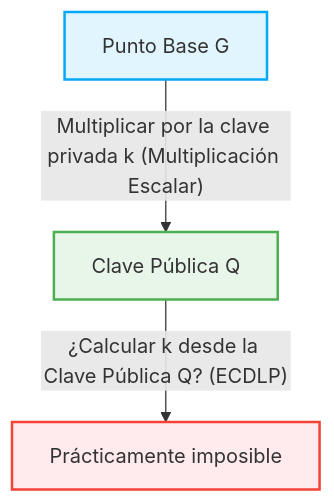
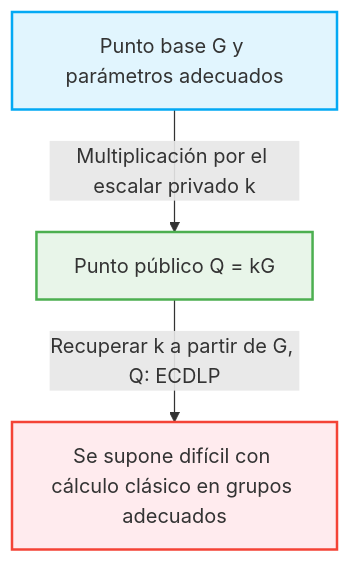
The second of 2 diagrams in content/post/public-key-cryptography-rsa-ecc/index.es.md (kenjinote/blog), drawn with Mermaid before and after one commit. The commit also changed other lines of this file and 5 other files, not shown here.

````diff
--- a/content/post/public-key-cryptography-rsa-ecc/index.es.md
+++ b/content/post/public-key-cryptography-rsa-ecc/index.es.md
@@ -123,8 +165,8 @@
 ```mermaid
 graph TD
-    A["Punto Base G"] -- "Multiplicar por la clave privada k (Multiplicación Escalar)" --> B["Clave Pública Q"]
-    B -- "¿Calcular k desde la Clave Pública Q? (ECDLP)" --> C["Prácticamente imposible"]
+    A["Punto base G y parámetros adecuados"] -->|"Multiplicación por el escalar privado k"| B["Punto público Q = kG"]
+    B -->|"Recuperar k a partir de G, Q: ECDLP"| C["Se supone difícil con cálculo clásico en grupos adecuados"]
     style A fill:#e1f5fe,stroke:#03a9f4,stroke-width:2px
     style B fill:#e8f5e9,stroke:#4caf50,stroke-width:2px
     style C fill:#ffebee,stroke:#f44336,stroke-width:2px
 ```
````
